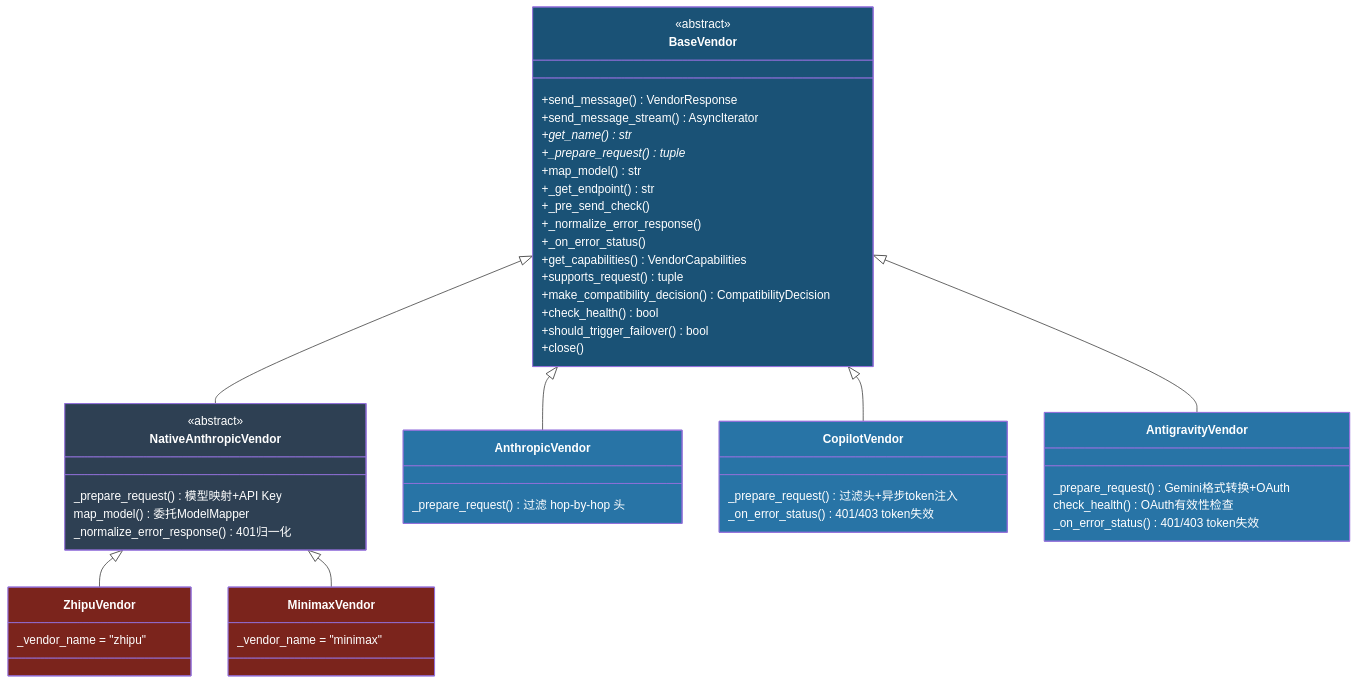
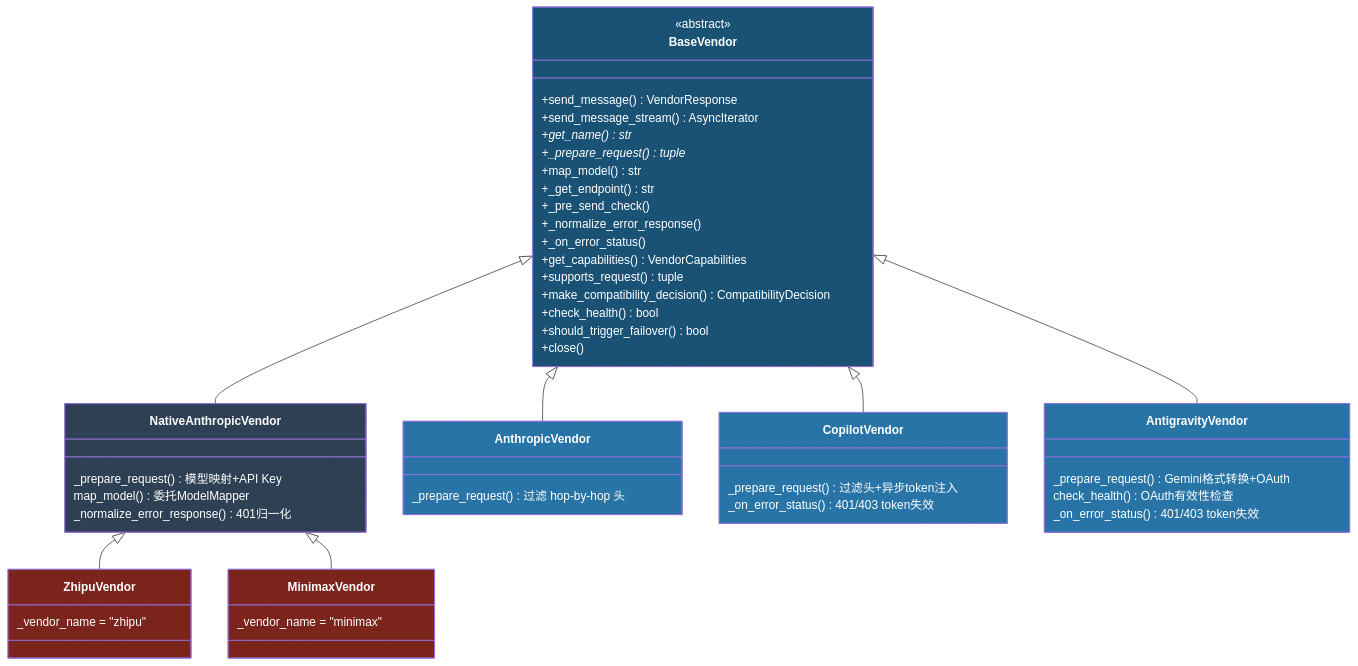
Before and after one commit to ThreeFish-AI/coding-proxy: the second of 9 diagrams in docs/arch/design-patterns.md, drawn with Mermaid. The commit also changed 4 other files, not shown here.

````diff
--- a/docs/arch/design-patterns.md
+++ b/docs/arch/design-patterns.md
@@ -46,68 +46,67 @@
 ```mermaid
 classDiagram
     direction TB
 
     class BaseVendor {
         <<abstract>>
         +send_message() VendorResponse
         +send_message_stream() AsyncIterator
         +get_name()* str
         +_prepare_request()* tuple
         +map_model() str
         +_get_endpoint() str
         +_pre_send_check()
         +_normalize_error_response()
         +_on_error_status()
         +get_capabilities() VendorCapabilities
         +supports_request() tuple
         +make_compatibility_decision() CompatibilityDecision
         +check_health() bool
         +should_trigger_failover() bool
         +close()
     }
 
     class NativeAnthropicVendor {
-        <<abstract>>
         _prepare_request() 模型映射+API Key
         map_model() 委托ModelMapper
         _normalize_error_response() 401归一化
     }
 
     class AnthropicVendor {
         _prepare_request() 过滤 hop-by-hop 头
     }
 
     class CopilotVendor {
         _prepare_request() 过滤头+异步token注入
         _on_error_status() 401/403 token失效
     }
 
     class AntigravityVendor {
         _prepare_request() Gemini格式转换+OAuth
         check_health() OAuth有效性检查
         _on_error_status() 401/403 token失效
     }
 
     class ZhipuVendor {
         _vendor_name = "zhipu"
     }
 
     class MinimaxVendor {
         _vendor_name = "minimax"
     }
 
     BaseVendor <|-- NativeAnthropicVendor
     BaseVendor <|-- AnthropicVendor
     BaseVendor <|-- CopilotVendor
     BaseVendor <|-- AntigravityVendor
     NativeAnthropicVendor <|-- ZhipuVendor
     NativeAnthropicVendor <|-- MinimaxVendor
 
     style BaseVendor fill:#1a5276,color:#fff
     style NativeAnthropicVendor fill:#2e4053,color:#fff
     style AnthropicVendor fill:#2874a6,color:#fff
     style CopilotVendor fill:#2874a6,color:#fff
     style AntigravityVendor fill:#2874a6,color:#fff
     style ZhipuVendor fill:#7b241c,color:#fff
     style MinimaxVendor fill:#7b241c,color:#fff
 ```
````
